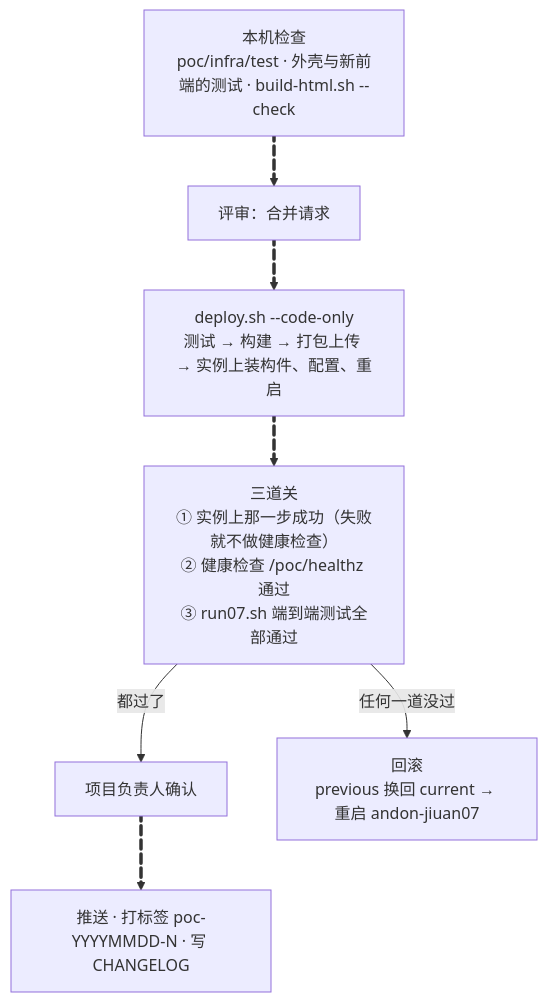
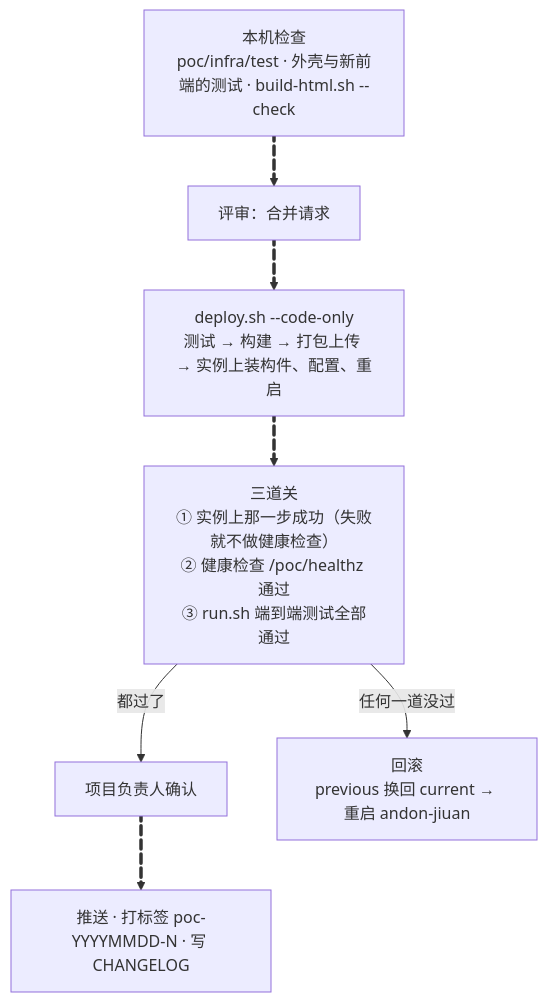
The diagram in docs/assets/diagrams/deploy-pipeline.mmd (LiboMa/nexus-jiuan-agent-framework-poc), drawn with Mermaid before and after one commit. The commit also changed 38 other files, not shown here.

```diff
--- a/docs/assets/diagrams/deploy-pipeline.mmd
+++ b/docs/assets/diagrams/deploy-pipeline.mmd
@@ -1,20 +1,20 @@
 flowchart TD
   local["本机检查<br/>poc/infra/test · 外壳与新前端的测试 · build-html.sh --check"]
   review["评审：合并请求"]
   deploy["deploy.sh --code-only<br/>测试 → 构建 → 打包上传 → 实例上装构件、配置、重启"]
-  gates["三道关<br/>① 实例上那一步成功（失败就不做健康检查）<br/>② 健康检查 /poc/healthz 通过<br/>③ run07.sh 端到端测试全部通过"]
+  gates["三道关<br/>① 实例上那一步成功（失败就不做健康检查）<br/>② 健康检查 /poc/healthz 通过<br/>③ run.sh 端到端测试全部通过"]
   confirm["项目负责人确认"]
   tag["推送 · 打标签 poc-YYYYMMDD-N · 写 CHANGELOG"]
-  rollback["回滚<br/>previous 换回 current → 重启 andon-jiuan07"]
+  rollback["回滚<br/>previous 换回 current → 重启 andon-jiuan"]
   local e1@==> review e2@==> deploy e3@==> gates
   gates -- 都过了 --> confirm
   confirm e4@==> tag
   gates -- 任何一道没过 --> rollback
   e1@{ animate: true }
   e2@{ animate: true }
   e3@{ animate: true }
   e4@{ animate: true }
   class local,review,deploy poc
   class gates gate
   class confirm,tag good
   class rollback risk
```
